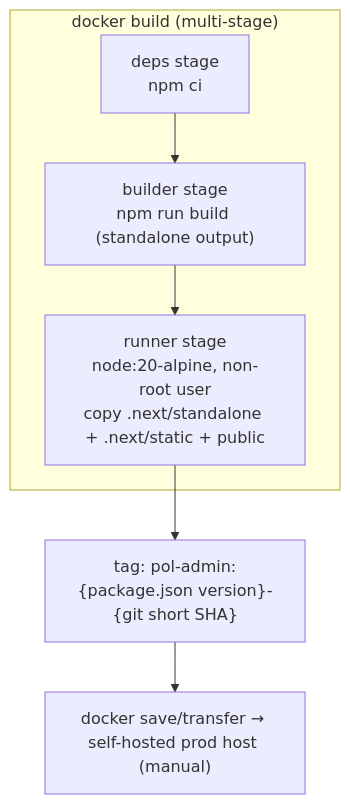
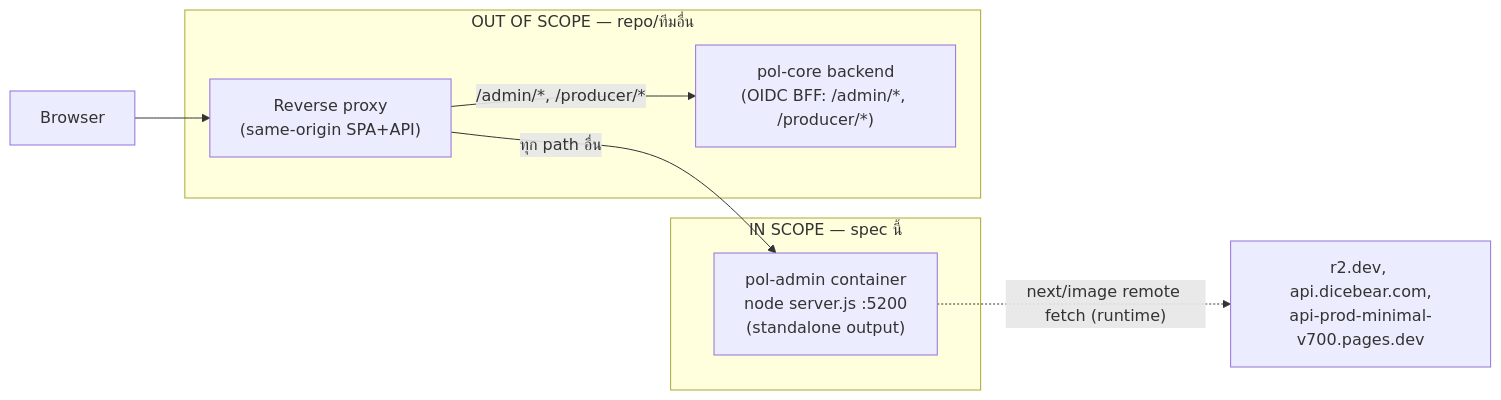
The first of 3 diagrams in .claude/specs/docker-prod-deploy/design.md (metrodiesign/pol-merchant), drawn with Mermaid before and after one commit. The commit also changed other lines of this file and 760 other files, not shown here.

First line of the commit message:
feat(merchant): clone pol-admin@70bb262 on port 3002, keep register flow

````diff
--- a/.claude/specs/docker-prod-deploy/design.md
+++ b/.claude/specs/docker-prod-deploy/design.md
@@ -32,9 +29,14 @@
 ```mermaid
-flowchart TB
-    subgraph Build["docker build (multi-stage)"]
-        deps["deps stage\nnpm ci"] --> builder["builder stage\nnpm run build (standalone output)"]
-        builder --> runner["runner stage\nnode:20-alpine, non-root user\ncopy .next/standalone + .next/static + public"]
+flowchart LR
+    subgraph InScope["IN SCOPE — spec นี้"]
+        Container["pol-admin container<br/>node server.js :5200<br/>(standalone output)"]
     end
-    runner --> tag["tag: pol-admin:{package.json version}-{git short SHA}"]
-    tag --> host["docker save/transfer → self-hosted prod host (manual)"]
+    subgraph OutOfScope["OUT OF SCOPE — repo/ทีมอื่น"]
+        Proxy["Reverse proxy<br/>(same-origin SPA+API)"]
+        Backend["pol-core backend<br/>(OIDC BFF: /admin/*, /producer/*)"]
+    end
+    Browser["Browser"] --> Proxy
+    Proxy -- "ทุก path อื่น" --> Container
+    Proxy -- "/admin/*, /producer/*" --> Backend
+    Container -. "next/image remote fetch (runtime)" .-> External["r2.dev, api.dicebear.com,<br/>api-prod-minimal-v700.pages.dev"]
 ```
````
